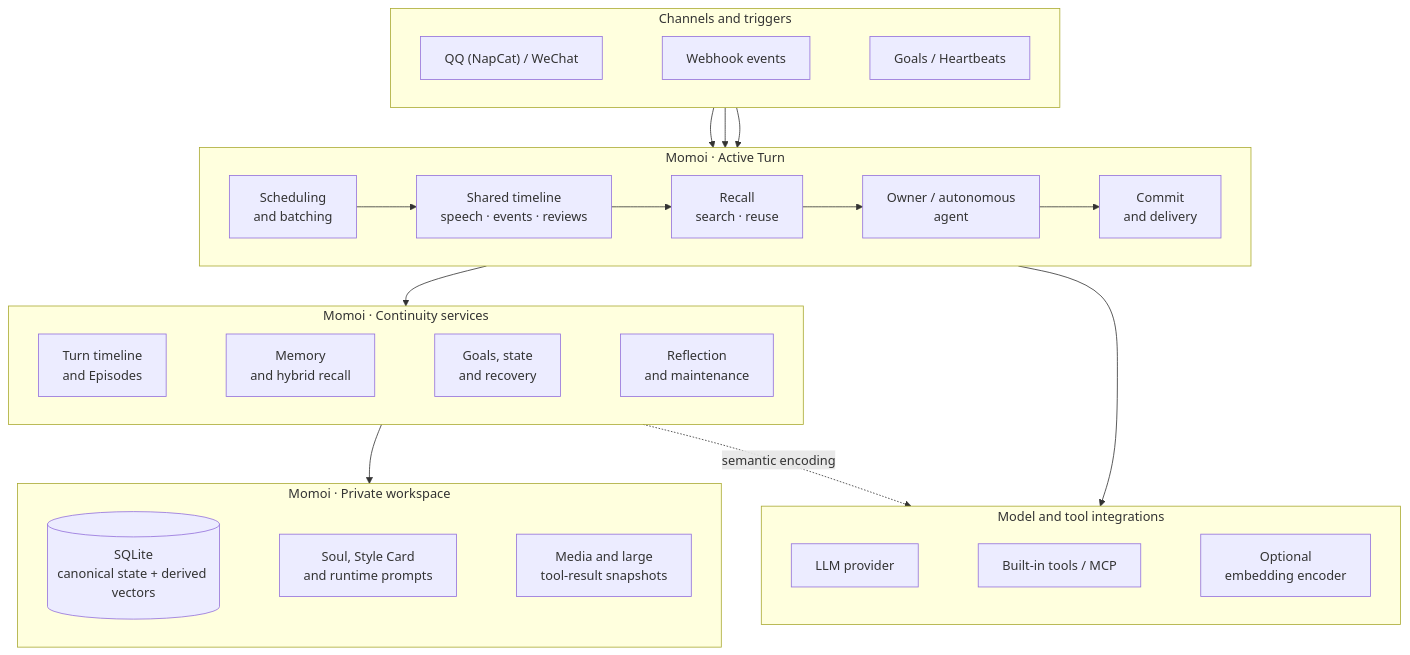
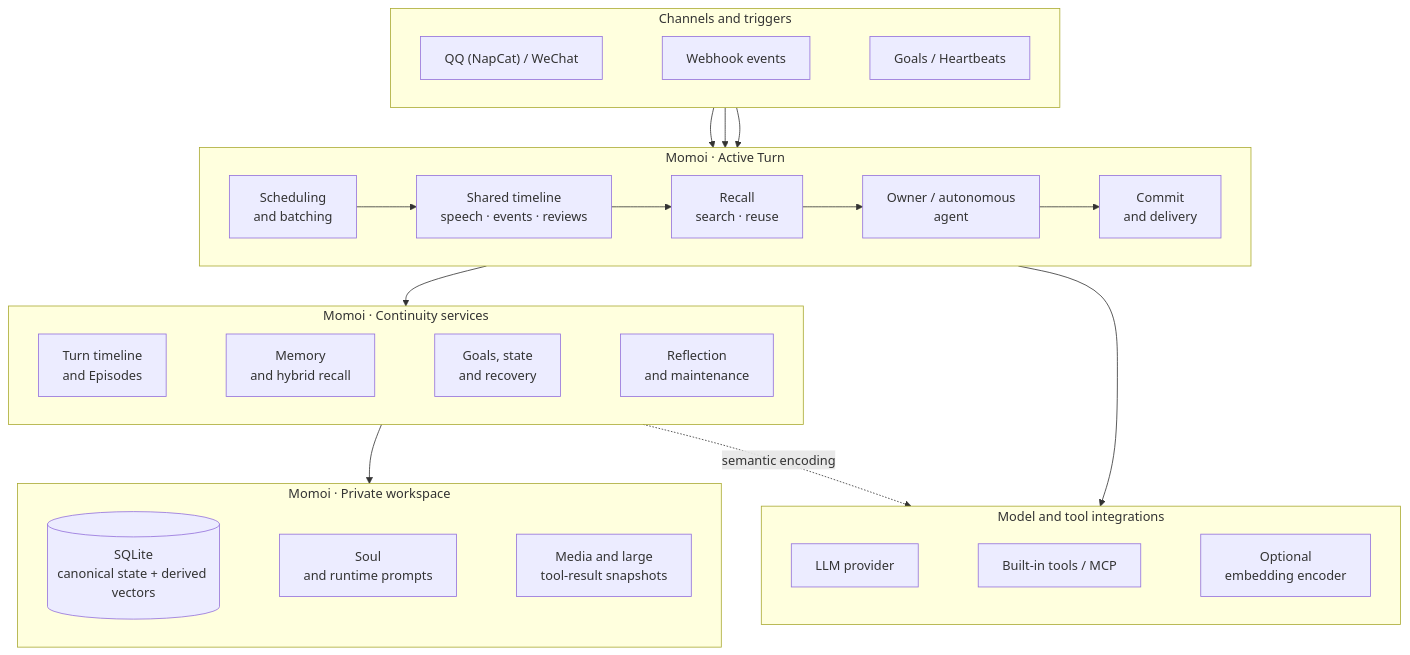
The first of 2 diagrams in README.md (RicterZ/Momoi), drawn with Mermaid before and after one commit. The commit also changed other lines of this file and 10 other files, not shown here.

Commit message:
Make role play Soul-driven and remove the shared style card

````diff
--- a/README.md
+++ b/README.md
@@ -48,53 +48,53 @@
 ```mermaid
 flowchart TB
   subgraph triggers["Channels and triggers"]
     direction LR
     chat["QQ (NapCat) / WeChat"]
     webhook["Webhook events"]
     clock["Goals / Heartbeats"]
     chat ~~~ webhook ~~~ clock
   end
 
   subgraph active["Momoi · Active Turn"]
     direction LR
     intake["Scheduling<br/>and batching"]
     transcript["Shared timeline<br/>speech · events · reviews"]
     context["Recall<br/>search · reuse"]
     agent["Owner / autonomous<br/>agent"]
     delivery["Commit<br/>and delivery"]
     intake --> transcript --> context --> agent --> delivery
   end
 
   subgraph continuity["Momoi · Continuity services"]
     direction LR
     timeline["Turn timeline<br/>and Episodes"]
     memory["Memory<br/>and hybrid recall"]
     time["Goals, state<br/>and recovery"]
     upkeep["Reflection<br/>and maintenance"]
     timeline ~~~ memory ~~~ time ~~~ upkeep
   end
 
   subgraph workspace["Momoi · Private workspace"]
     direction LR
     sqlite[("SQLite<br/>canonical state + derived vectors")]
-    prompts["Soul, Style Card<br/>and runtime prompts"]
+    prompts["Soul<br/>and runtime prompts"]
     files["Media and large<br/>tool-result snapshots"]
     sqlite ~~~ prompts ~~~ files
   end
 
   subgraph external["Model and tool integrations"]
     direction LR
     llm["LLM provider"]
     tools["Built-in tools / MCP"]
     embedding["Optional<br/>embedding encoder"]
     llm ~~~ tools ~~~ embedding
   end
 
   chat --> intake
   webhook --> intake
   clock --> intake
   active --> continuity
   continuity --> workspace
   active --> external
   continuity -. "semantic encoding" .-> external
 ```
````
